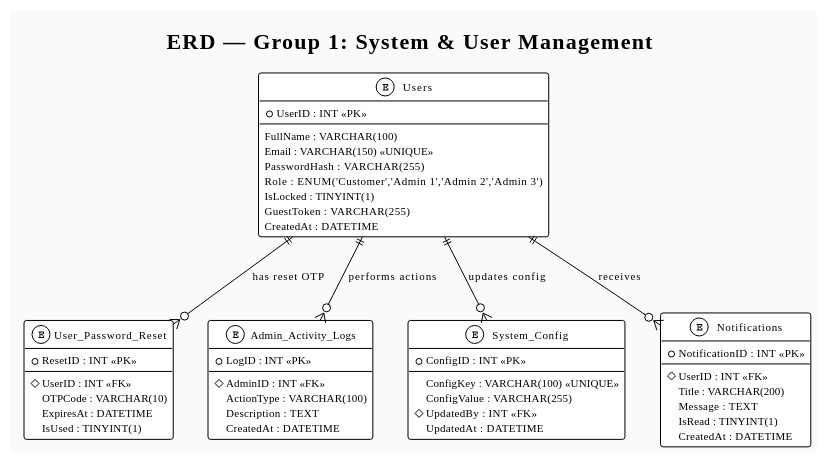
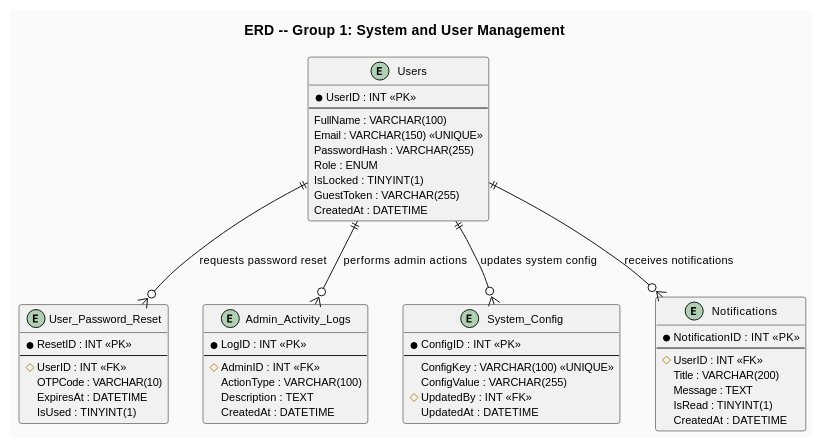
Before and after one commit to TungVuk4/Final-Project: the sixth of 9 diagrams in PlantUML_Diagrams.md, drawn with PlantUML. The commit also changed other lines of this file and 2 other files, not shown here.

````diff
--- a/PlantUML_Diagrams.md
+++ b/PlantUML_Diagrams.md
@@ -236,63 +241,63 @@
 ```plantuml
-@startuml FashionStyle_ERD_Group1_System
-!theme plain
+@startuml
 skinparam backgroundColor #FAFAFA
 skinparam defaultFontSize 11
 
-title ERD — Group 1: System & User Management
+title ERD -- Group 1: System and User Management
 
 entity "Users" as USERS {
   * UserID : INT <<PK>>
   --
   FullName : VARCHAR(100)
   Email : VARCHAR(150) <<UNIQUE>>
   PasswordHash : VARCHAR(255)
-  Role : ENUM('Customer','Admin 1','Admin 2','Admin 3')
+  Role : ENUM
   IsLocked : TINYINT(1)
   GuestToken : VARCHAR(255)
   CreatedAt : DATETIME
 }
 
 entity "User_Password_Reset" as RESET {
   * ResetID : INT <<PK>>
   --
   # UserID : INT <<FK>>
   OTPCode : VARCHAR(10)
   ExpiresAt : DATETIME
   IsUsed : TINYINT(1)
 }
 
 entity "Admin_Activity_Logs" as LOGS {
   * LogID : INT <<PK>>
   --
   # AdminID : INT <<FK>>
   ActionType : VARCHAR(100)
   Description : TEXT
   CreatedAt : DATETIME
 }
 
 entity "System_Config" as CONFIG {
   * ConfigID : INT <<PK>>
   --
   ConfigKey : VARCHAR(100) <<UNIQUE>>
   ConfigValue : VARCHAR(255)
   # UpdatedBy : INT <<FK>>
   UpdatedAt : DATETIME
 }
 
 entity "Notifications" as NOTIF {
   * NotificationID : INT <<PK>>
   --
   # UserID : INT <<FK>>
   Title : VARCHAR(200)
   Message : TEXT
   IsRead : TINYINT(1)
   CreatedAt : DATETIME
 }
 
-USERS ||--o{ RESET : "has reset OTP"
-USERS ||--o{ LOGS : "performs actions"
-USERS ||--o{ CONFIG : "updates config"
-USERS ||--o{ NOTIF : "receives"
+USERS ||--o{ RESET : "requests password reset"
+USERS ||--o{ LOGS : "performs admin actions"
+USERS ||--o{ CONFIG : "updates system config"
+USERS ||--o{ NOTIF : "receives notifications"
+
 @enduml
 ```
````
